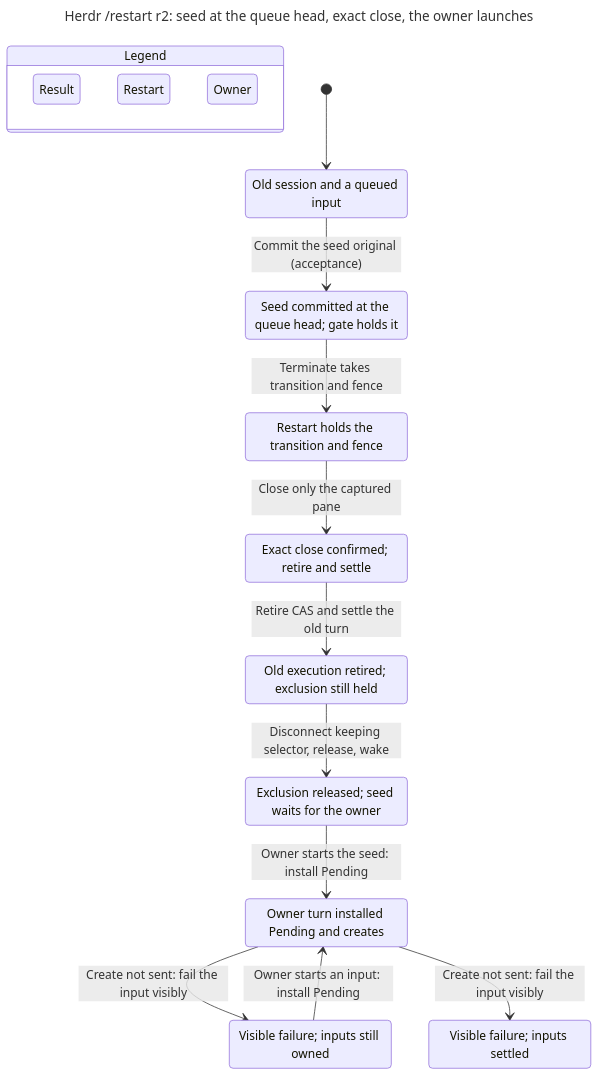
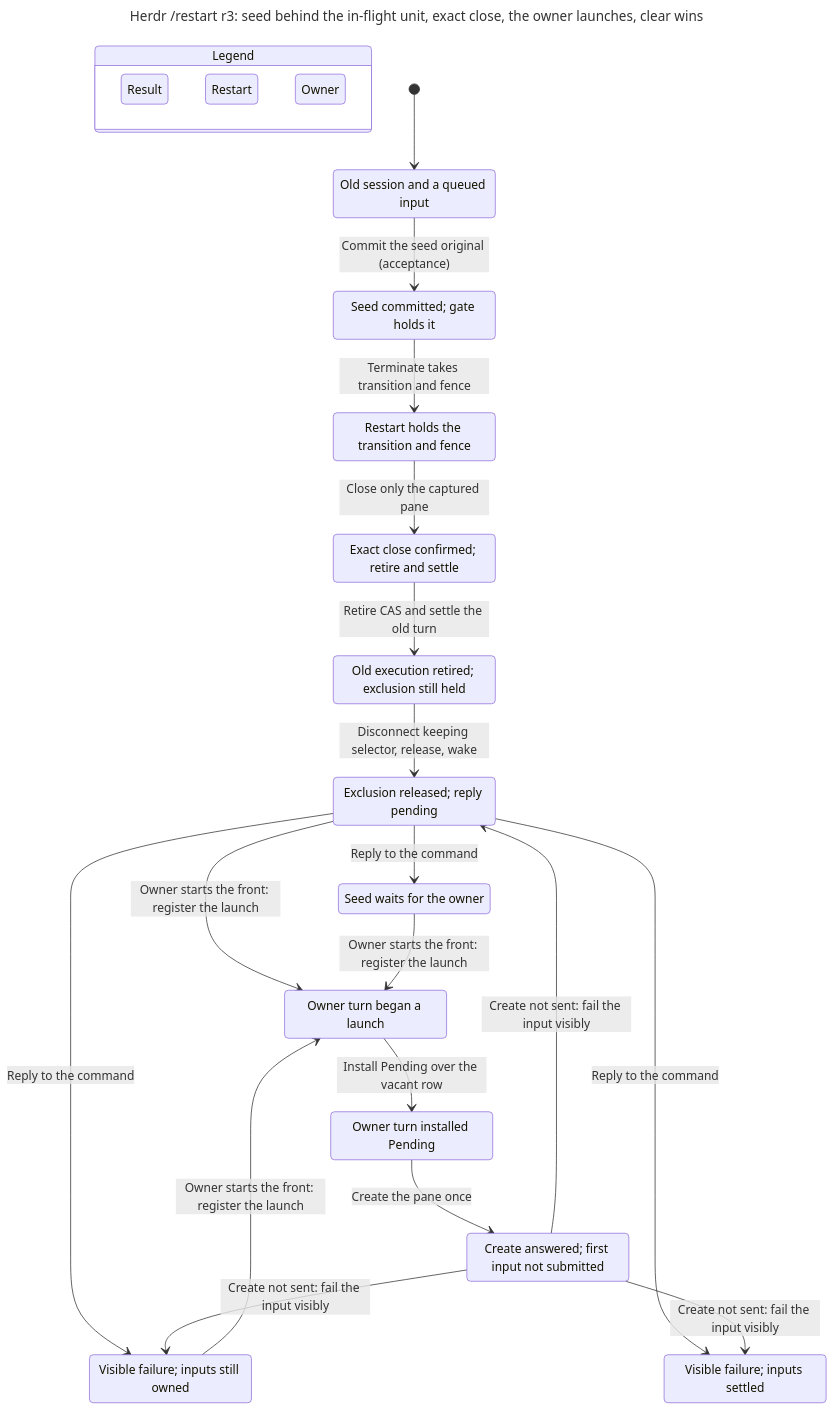
One commit to itismyfield/AgentDesk changed the diagram in docs/statecharts/session-lifecycle/herdr-restart-owner-LaunchNotSent.chart.mmd. Above: the diagram before and after it, drawn with Mermaid. The commit also changed 199 other files, not shown here.

First line of the commit message:
docs(herdr): restart design r3 — restart through a dispatch, clear wins, seedless restart

```diff
--- a/docs/statecharts/session-lifecycle/herdr-restart-owner-LaunchNotSent.chart.mmd
+++ b/docs/statecharts/session-lifecycle/herdr-restart-owner-LaunchNotSent.chart.mmd
@@ -1,39 +1,49 @@
 ---
-title: "Herdr /restart r2: seed at the queue head, exact close, the owner launches"
+title: "Herdr /restart r3: seed behind the in-flight unit, exact close, the owner launches, clear wins"
 ---
 stateDiagram-v2
   state "Legend" as legend {
     lg0: Result
     lg1: Restart
     lg2: Owner
   }
   class lg0 teal
   class lg1 blue
   class lg2 purple
   s0: Old session and a queued input
-  s1: Seed committed at the queue head#59; gate holds it
+  s1: Seed committed#59; gate holds it
   s2: Restart holds the transition and fence
   s3: Exact close confirmed#59; retire and settle
   s4: Old execution retired#59; exclusion still held
-  s5: Exclusion released#59; seed waits for the owner
-  s6: Owner turn installed Pending and creates
-  s7: Visible failure#59; inputs still owned
-  s8: Visible failure#59; inputs settled
+  s5: Exclusion released#59; reply pending
+  s6: Owner turn began a launch
+  s7: Seed waits for the owner
+  s8: Owner turn installed Pending
+  s9: Create answered#59; first input not submitted
+  s10: Visible failure#59; inputs still owned
+  s11: Visible failure#59; inputs settled
   [*] --> s0
   s0 --> s1: Commit the seed original (acceptance)
   s1 --> s2: Terminate takes transition and fence
   s2 --> s3: Close only the captured pane
   s3 --> s4: Retire CAS and settle the old turn
   s4 --> s5: Disconnect keeping selector, release, wake
-  s5 --> s6: Owner starts the seed: install Pending
-  s6 --> s7: Create not sent: fail the input visibly
-  s7 --> s6: Owner starts an input: install Pending
-  s6 --> s8: Create not sent: fail the input visibly
+  s5 --> s6: Owner starts the front: register the launch
+  s5 --> s7: Reply to the command
+  s6 --> s8: Install Pending over the vacant row
+  s7 --> s6: Owner starts the front: register the launch
+  s8 --> s9: Create the pane once
+  s9 --> s5: Create not sent: fail the input visibly
+  s5 --> s10: Reply to the command
+  s9 --> s10: Create not sent: fail the input visibly
+  s10 --> s6: Owner starts the front: register the launch
+  s5 --> s11: Reply to the command
+  s9 --> s11: Create not sent: fail the input visibly
   class s0 blue
   class s1 blue
   class s2 blue
   class s3 blue
   class s4 blue
-  class s5 purple
-  class s7 teal
-  class s8 teal
+  class s7 purple
+  class s10 teal
+  class s11 teal
```
